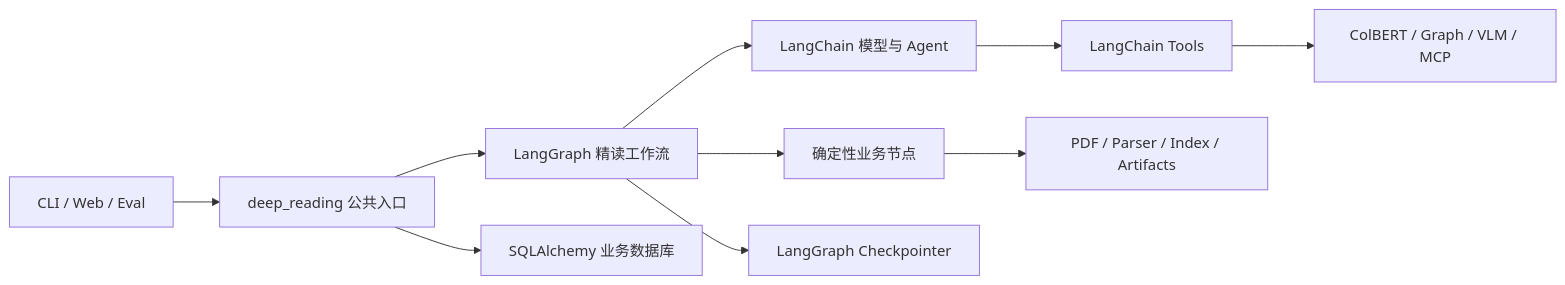
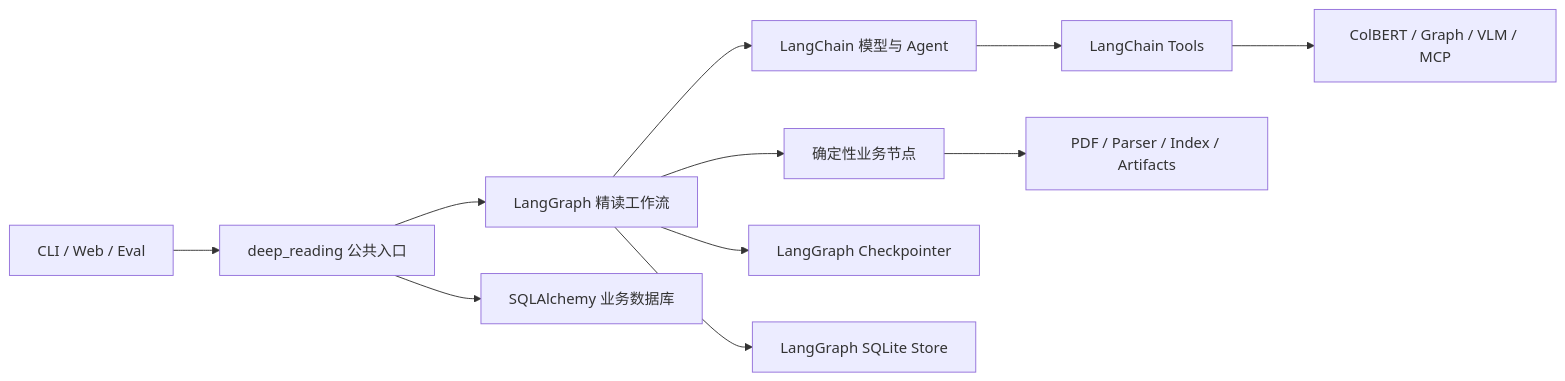
One commit to PatrickYxz/paperpilot changed the first of 4 diagrams in docs/codex-only-plans/2026-08-06-paperpilot-langgraph-refactor-design.md. Above: the diagram before and after it, drawn with Mermaid. The commit also changed other lines of this file, not shown here.

````diff
--- a/docs/codex-only-plans/2026-08-06-paperpilot-langgraph-refactor-design.md
+++ b/docs/codex-only-plans/2026-08-06-paperpilot-langgraph-refactor-design.md
@@ -34,12 +34,13 @@
 ```mermaid
 flowchart LR
     A["CLI / Web / Eval"] --> B["deep_reading 公共入口"]
     B --> C["LangGraph 精读工作流"]
     C --> D["确定性业务节点"]
     C --> E["LangChain 模型与 Agent"]
     E --> F["LangChain Tools"]
     F --> G["ColBERT / Graph / VLM / MCP"]
     B --> H["SQLAlchemy 业务数据库"]
     C --> I["LangGraph Checkpointer"]
     D --> J["PDF / Parser / Index / Artifacts"]
+    C --> K["LangGraph SQLite Store"]
 ```
````
